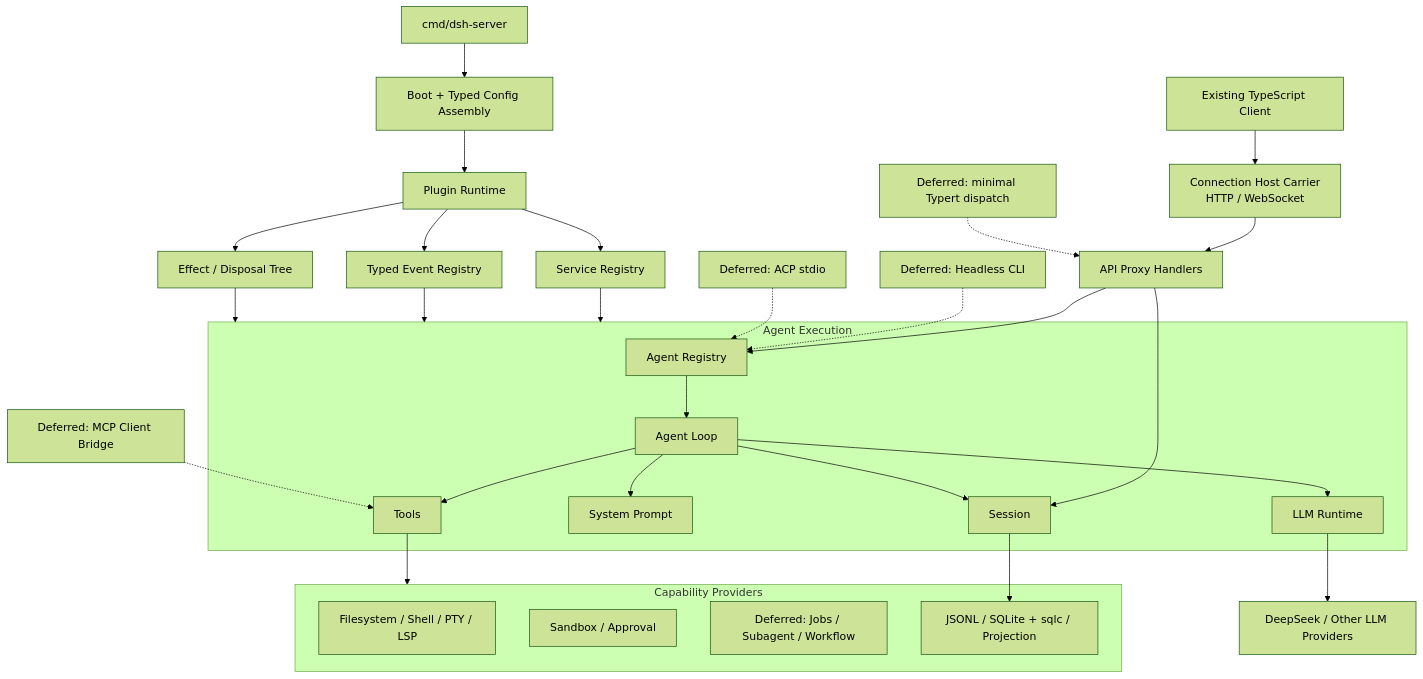
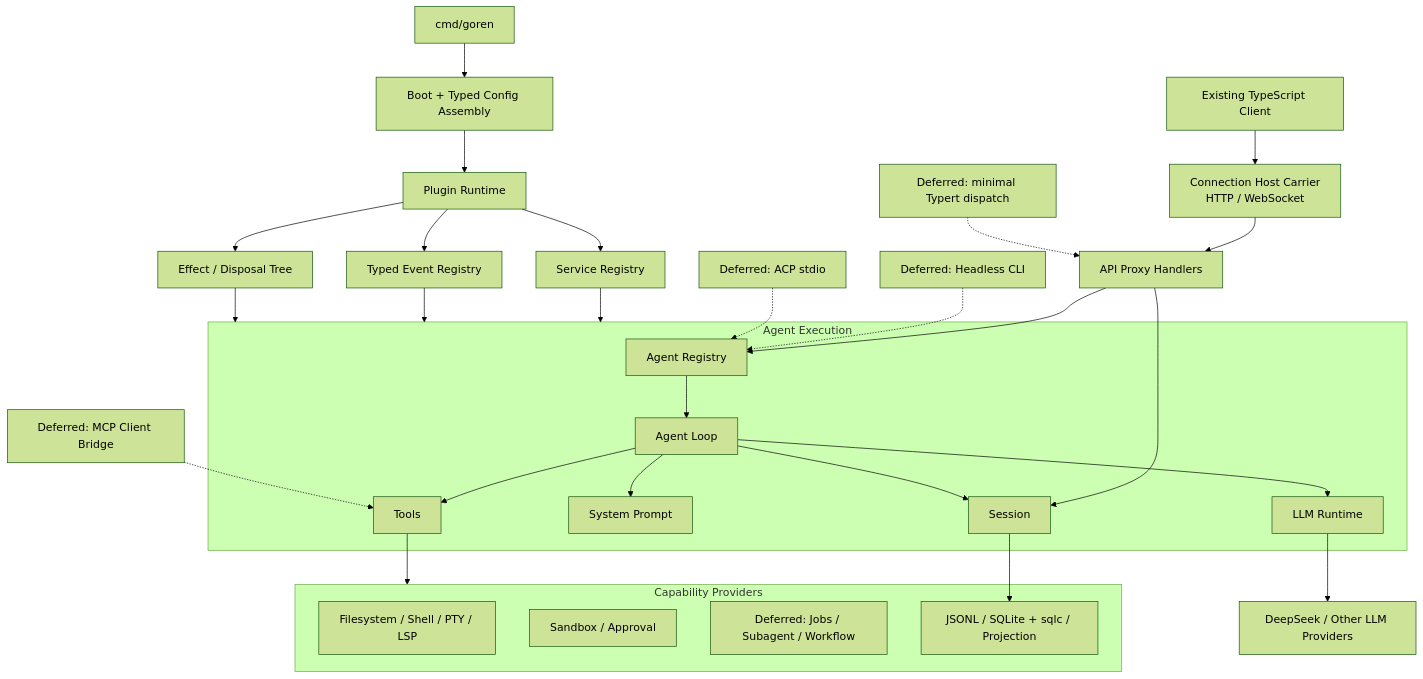
Before and after one commit to gorenx/goren: the diagram in zh-CN/02-runtime-architecture-and-plugin-model.md, drawn with Mermaid (forest theme). The commit also changed other lines of this file and 5 other files, not shown here.

````diff
--- a/zh-CN/02-runtime-architecture-and-plugin-model.md
+++ b/zh-CN/02-runtime-architecture-and-plugin-model.md
@@ -9,41 +9,41 @@
 ```mermaid
 flowchart TB
     CLIENT["Existing TypeScript Client"] --> CONN["Connection Host Carrier\nHTTP / WebSocket"]
     CONN --> API["API Proxy Handlers"]
     API --> AR
     API --> SS
 
-    SERVER["cmd/dsh-server"] --> BOOT["Boot + Typed Config Assembly"]
+    SERVER["cmd/goren"] --> BOOT["Boot + Typed Config Assembly"]
     BOOT --> PR["Plugin Runtime"]
     PR --> SP["Service Registry"]
     PR --> ER["Typed Event Registry"]
     PR --> EF["Effect / Disposal Tree"]
 
     subgraph CORE["Agent Execution"]
         AR["Agent Registry"] --> AL["Agent Loop"]
         AL --> SS["Session"]
         AL --> SYS["System Prompt"]
         AL --> TOOLS["Tools"]
         AL --> LLM["LLM Runtime"]
     end
 
     SP --> CORE
     ER --> CORE
     EF --> CORE
 
     subgraph PROVIDERS["Capability Providers"]
         FS["Filesystem / Shell / PTY / LSP"]
         SB["Sandbox / Approval"]
         ORCH["Deferred: Jobs / Subagent / Workflow"]
         DATA["JSONL / SQLite + sqlc / Projection"]
     end
 
     TOOLS --> PROVIDERS
     SS --> DATA
     LLM --> LP["DeepSeek / Other LLM Providers"]
 
     HEADLESS["Deferred: Headless CLI"] -.-> AR
     ACP["Deferred: ACP stdio"] -.-> AR
     MCP["Deferred: MCP Client Bridge"] -.-> TOOLS
     TYPERT["Deferred: minimal Typert dispatch"] -.-> API
 ```
````
